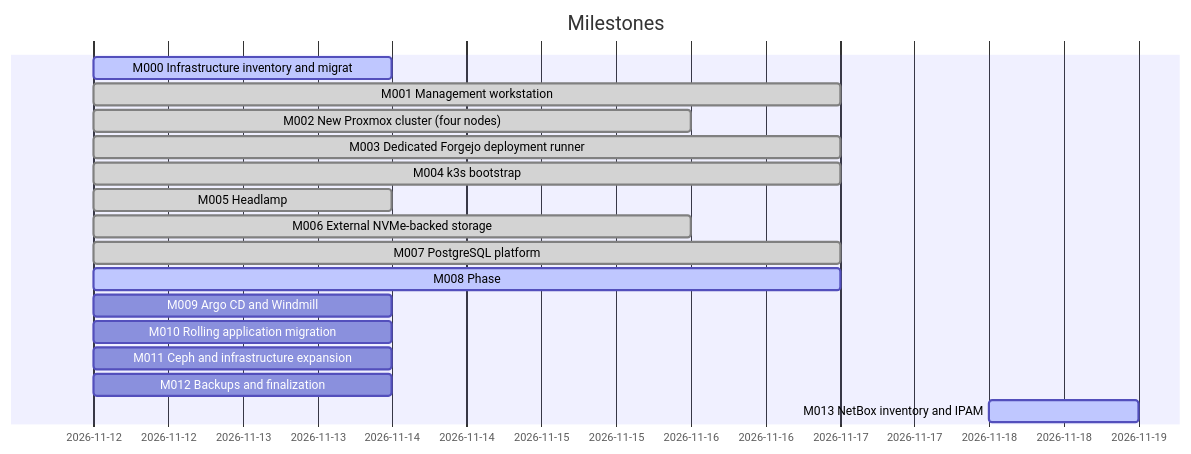
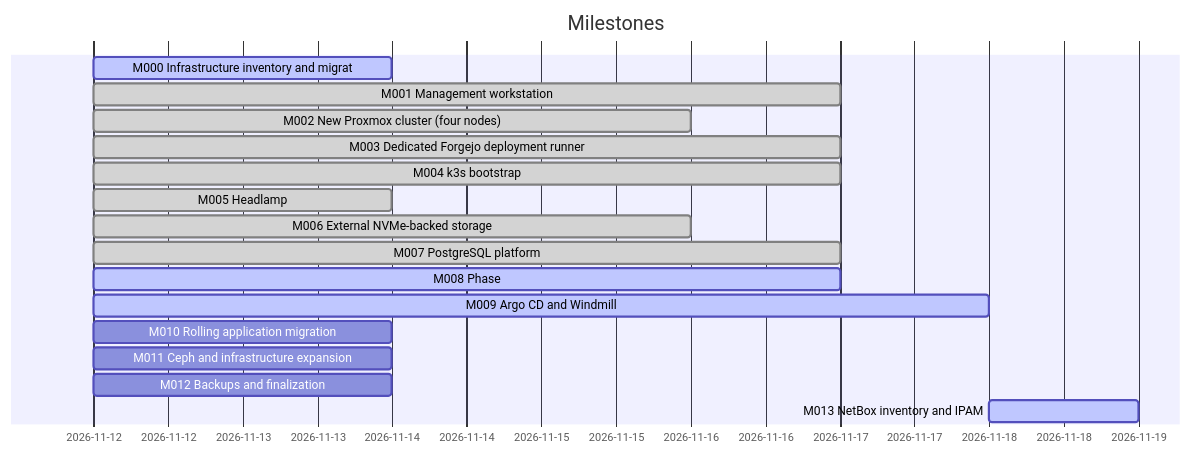
One commit to doku-code/homelab-iac changed the diagram in docs/dashboard.md. Above: the diagram before and after it, drawn with Mermaid. The commit also changed other lines of this file and 9 other files, not shown here.

````diff
--- a/docs/dashboard.md
+++ b/docs/dashboard.md
@@ -36,19 +36,19 @@
 ```mermaid
 gantt
     dateFormat YYYY-MM-DD
     title Milestones
     M000 Infrastructure inventory and migrat :active, m000, 2026-11-12, 2026-11-14
     M001 Management workstation :done, m001, 2026-11-12, 2026-11-17
     M002 New Proxmox cluster (four nodes) :done, m002, 2026-11-12, 2026-11-16
     M003 Dedicated Forgejo deployment runner :done, m003, 2026-11-12, 2026-11-17
     M004 k3s bootstrap :done, m004, 2026-11-12, 2026-11-17
     M005 Headlamp :done, m005, 2026-11-12, 2026-11-14
     M006 External NVMe-backed storage :done, m006, 2026-11-12, 2026-11-16
     M007 PostgreSQL platform :done, m007, 2026-11-12, 2026-11-17
     M008 Phase :active, m008, 2026-11-12, 2026-11-17
-    M009 Argo CD and Windmill :m009, 2026-11-12, 2026-11-14
+    M009 Argo CD and Windmill :active, m009, 2026-11-12, 2026-11-18
     M010 Rolling application migration :m010, 2026-11-12, 2026-11-14
     M011 Ceph and infrastructure expansion :m011, 2026-11-12, 2026-11-14
     M012 Backups and finalization :m012, 2026-11-12, 2026-11-14
     M013 NetBox inventory and IPAM :active, m013, 2026-11-18, 2026-11-19
 ```
````
